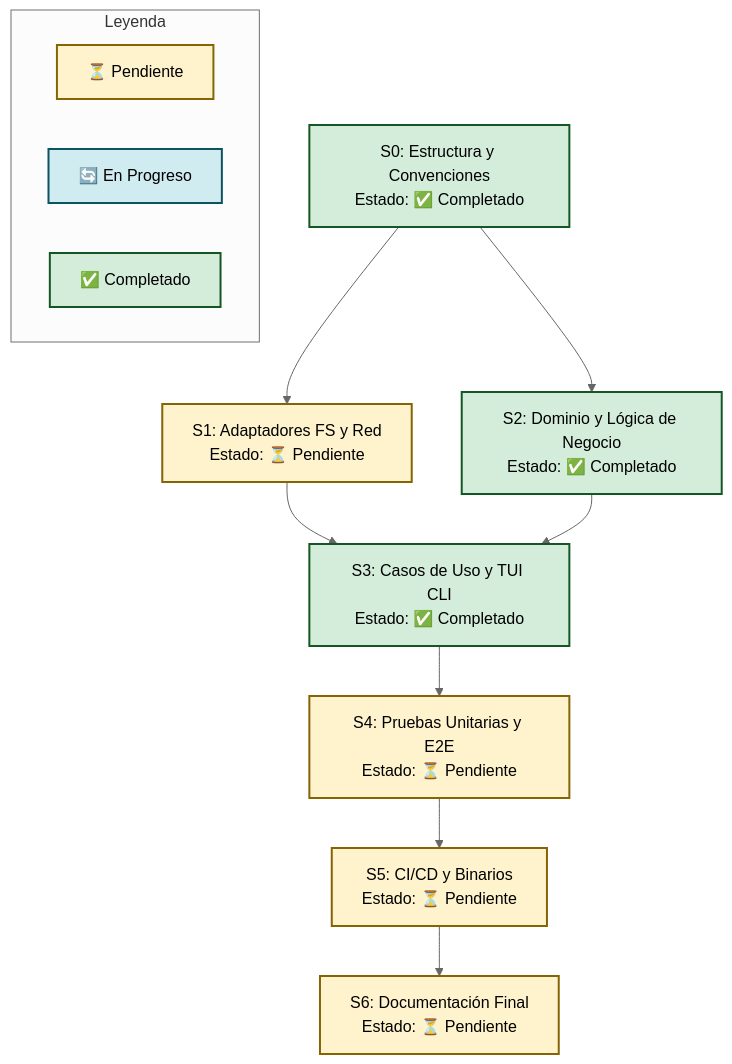
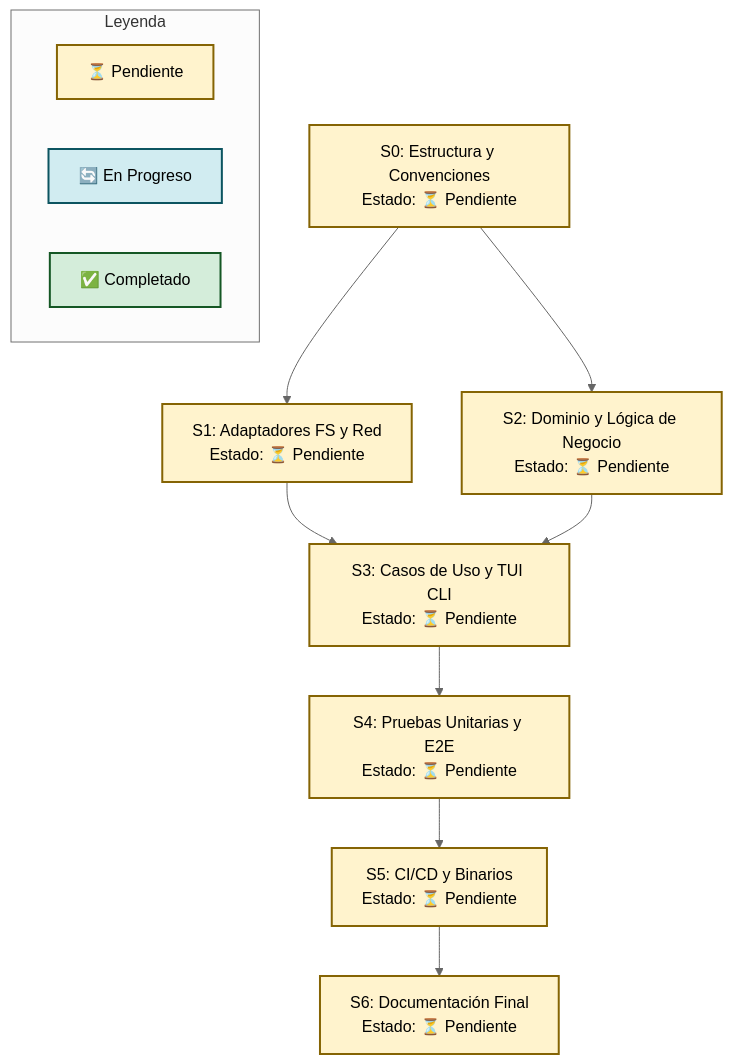
One commit to Fisherk2/codice-opencode changed the diagram in docs/WORKFLOW.md. Above: the diagram before and after it, drawn with Mermaid (neutral theme). The commit also changed other lines of this file, not shown here.

Commit message:
docs: Prepara F0 en el flujo de trabajo

````diff
--- a/docs/WORKFLOW.md
+++ b/docs/WORKFLOW.md
@@ -78,32 +75,32 @@
 ```mermaid
 graph TD
     %% Definición de estilos
     classDef pending fill:#fff3cd,stroke:#856404,stroke-width:2px;
     classDef progress fill:#d1ecf1,stroke:#0c5460,stroke-width:2px;
     classDef done fill:#d4edda,stroke:#155724,stroke-width:2px;
 
     %% Nodos del grafo
-    S0[S0: Estructura y Convenciones<br/>Estado: ✅ Completado]:::done
+    S0[S0: Estructura y Convenciones<br/>Estado: ⏳ Pendiente]:::pending
     S1[S1: Adaptadores FS y Red<br/>Estado: ⏳ Pendiente]:::pending
-    S2[S2: Dominio y Lógica de Negocio<br/>Estado: ✅ Completado]:::done
-    S3[S3: Casos de Uso y TUI CLI<br/>Estado: ✅ Completado]:::done
+    S2[S2: Dominio y Lógica de Negocio<br/>Estado: ⏳ Pendiente]:::pending
+    S3[S3: Casos de Uso y TUI CLI<br/>Estado: ⏳ Pendiente]:::pending
     S4[S4: Pruebas Unitarias y E2E<br/>Estado: ⏳ Pendiente]:::pending
     S5[S5: CI/CD y Binarios<br/>Estado: ⏳ Pendiente]:::pending
     S6[S6: Documentación Final<br/>Estado: ⏳ Pendiente]:::pending
 
     %% Flechas de dependencia (Grafo Dirigido Acíclico)
     S0 --> S1
     S0 --> S2
     S1 --> S3
     S2 --> S3
     S3 --> S4
     S4 --> S5
     S5 --> S6
 
     %% Leyenda
     subgraph Leyenda
         L1[⏳ Pendiente]:::pending
         L2[🔄 En Progreso]:::progress
         L3[✅ Completado]:::done
     end
 ```
````
